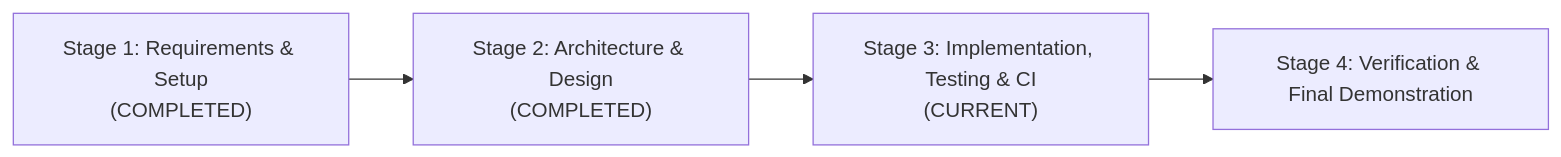
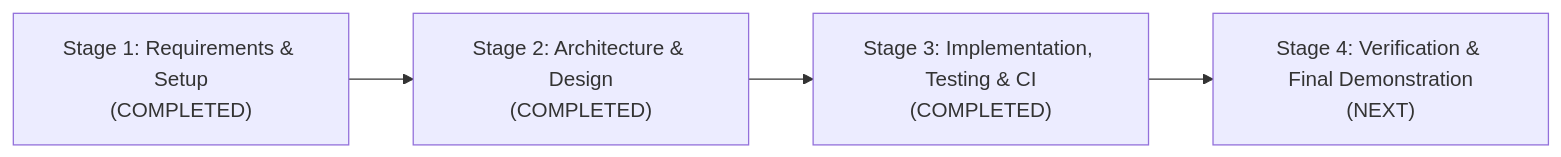
One commit to SuhasiniMadala/Financial_Ledger_Team_QUASAR changed the diagram in docs/architecture/development-plan.md. Above: the diagram before and after it, drawn with Mermaid. The commit also changed other lines of this file and 3 other files, not shown here.

````diff
--- a/docs/architecture/development-plan.md
+++ b/docs/architecture/development-plan.md
@@ -7,6 +7,6 @@
 ```mermaid
 graph LR
     S1["Stage 1: Requirements & Setup<br/>(COMPLETED)"] --> S2["Stage 2: Architecture & Design<br/>(COMPLETED)"]
-    S2 --> S3["Stage 3: Implementation, Testing & CI<br/>(CURRENT)"]
-    S3 --> S4["Stage 4: Verification & Final Demonstration"]
+    S2 --> S3["Stage 3: Implementation, Testing & CI<br/>(COMPLETED)"]
+    S3 --> S4["Stage 4: Verification & Final Demonstration<br/>(NEXT)"]
 ```
````
